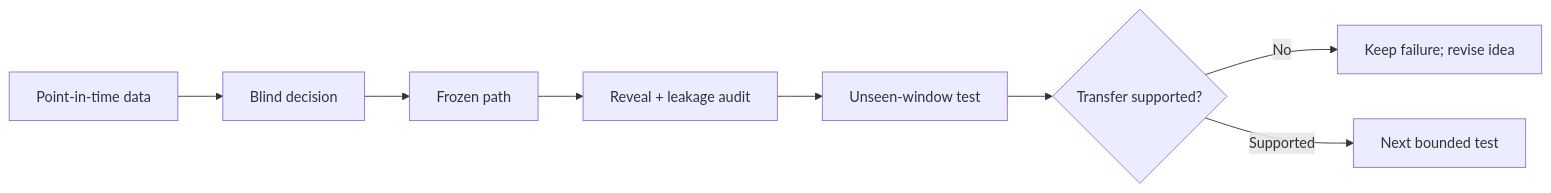
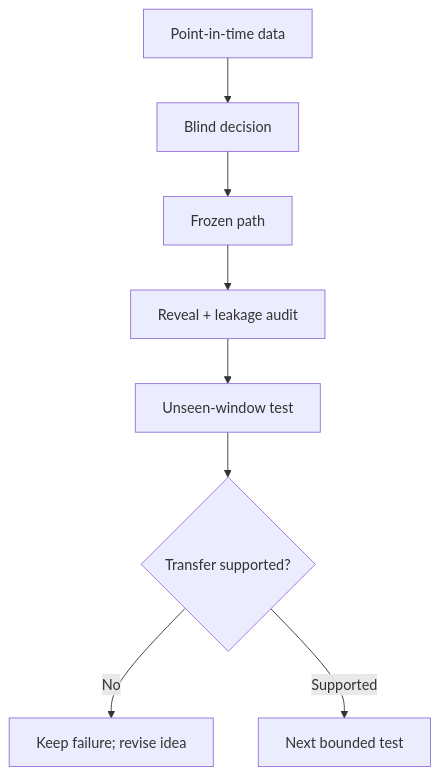
Before and after one commit to Cornelius-Chen/Cornelius-Chen: the second of 2 diagrams in README.md, drawn with Mermaid. The commit also changed other lines of this file, not shown here.

Commit message:
Make profile diagrams readable at narrow widths

````diff
--- a/README.md
+++ b/README.md
@@ -32,10 +32,10 @@
 ```mermaid
-flowchart LR
+flowchart TD
     A[Point-in-time data] --> B[Blind decision]
     B --> C[Frozen path]
     C --> D[Reveal + leakage audit]
     D --> E[Unseen-window test]
     E --> F{Transfer supported?}
     F -- No --> G[Keep failure; revise idea]
     F -- Supported --> H[Next bounded test]
 ```
````
